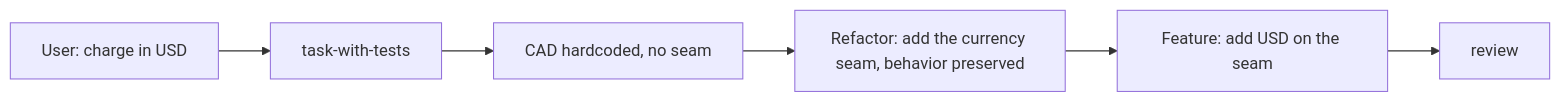
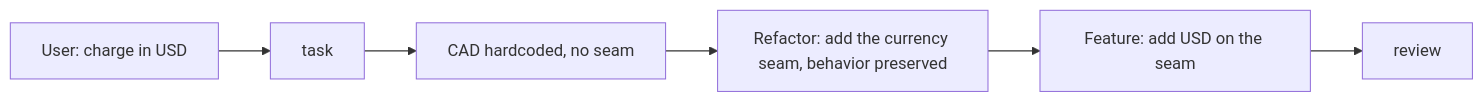
One commit to Gabriel-Lafrance/Skills changed the diagram in skills/rules/journeys/follow-up-needs-a-seam.md. Above: the diagram before and after it, drawn with Mermaid. The commit also changed other lines of this file and 32 other files, not shown here.

First line of the commit message:
feat: drop task-with-tests and make tests coded verifications owned by /verification

````diff
--- a/skills/rules/journeys/follow-up-needs-a-seam.md
+++ b/skills/rules/journeys/follow-up-needs-a-seam.md
@@ -8,8 +8,8 @@
 ```mermaid
 flowchart LR
-  ask[User: charge in USD] --> build[task-with-tests]
+  ask[User: charge in USD] --> build[task]
   build --> spot[CAD hardcoded, no seam]
   spot --> refactor[Refactor: add the currency seam, behavior preserved]
   refactor --> feature[Feature: add USD on the seam]
   feature --> review[review]
 ```
````
